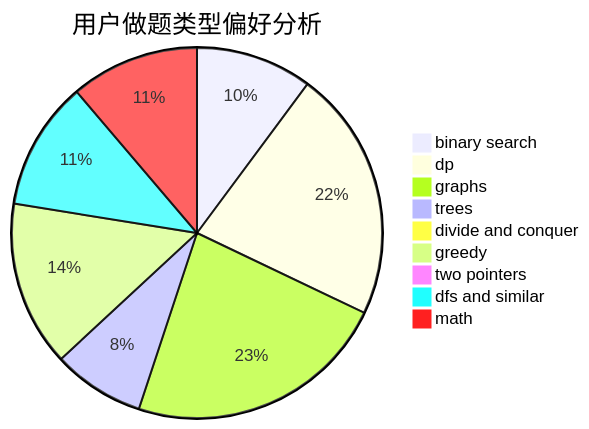
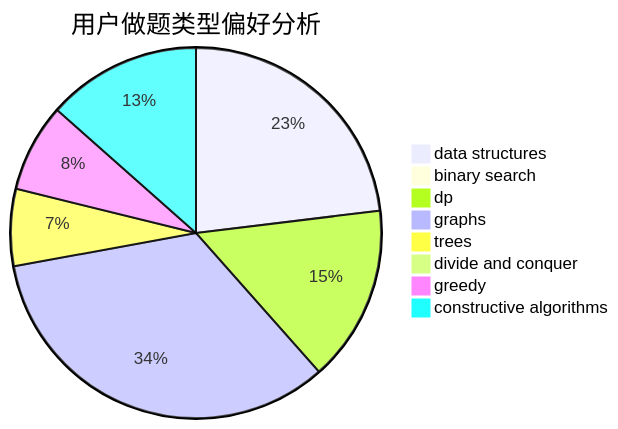
One commit to sherpahu/cfrs.github.io changed the second of 3 diagrams in docs/user/u1641.md. Above: the diagram before and after it, drawn with Mermaid. The commit also changed other lines of this file and 2775 other files, not shown here.

````diff
--- a/docs/user/u1641.md
+++ b/docs/user/u1641.md
@@ -23,12 +23,11 @@
 ```mermaid
 pie title 用户做题类型偏好分析
-    "binary search" :  19
-    "dp" :  41
-    "graphs" :  43
-    "trees" :  15
+    "data structures" :  24
+    "binary search" :  0
+    "dp" :  16
+    "graphs" :  35
+    "trees" :  7
     "divide and conquer" :  0
-    "greedy" :  27
-    "two pointers" :  0
-    "dfs and similar" :  21
-    "math" :  21
+    "greedy" :  8
+    "constructive algorithms" :  14
 ```
````
